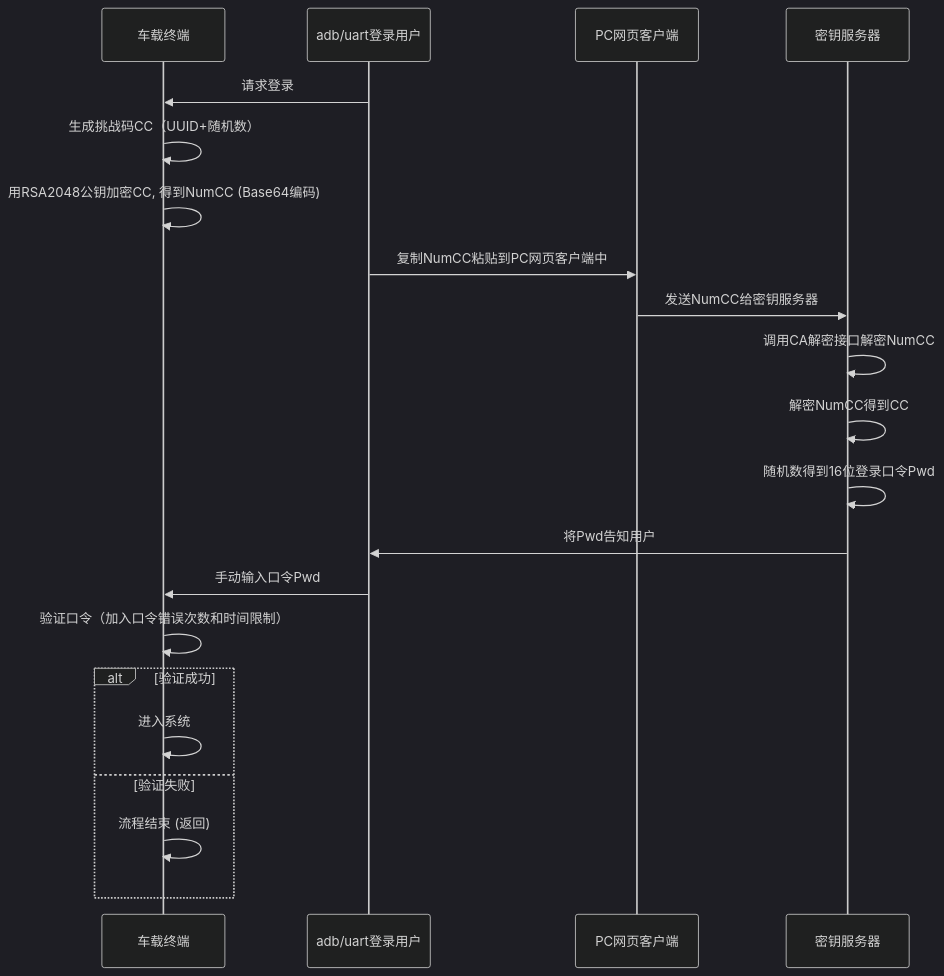
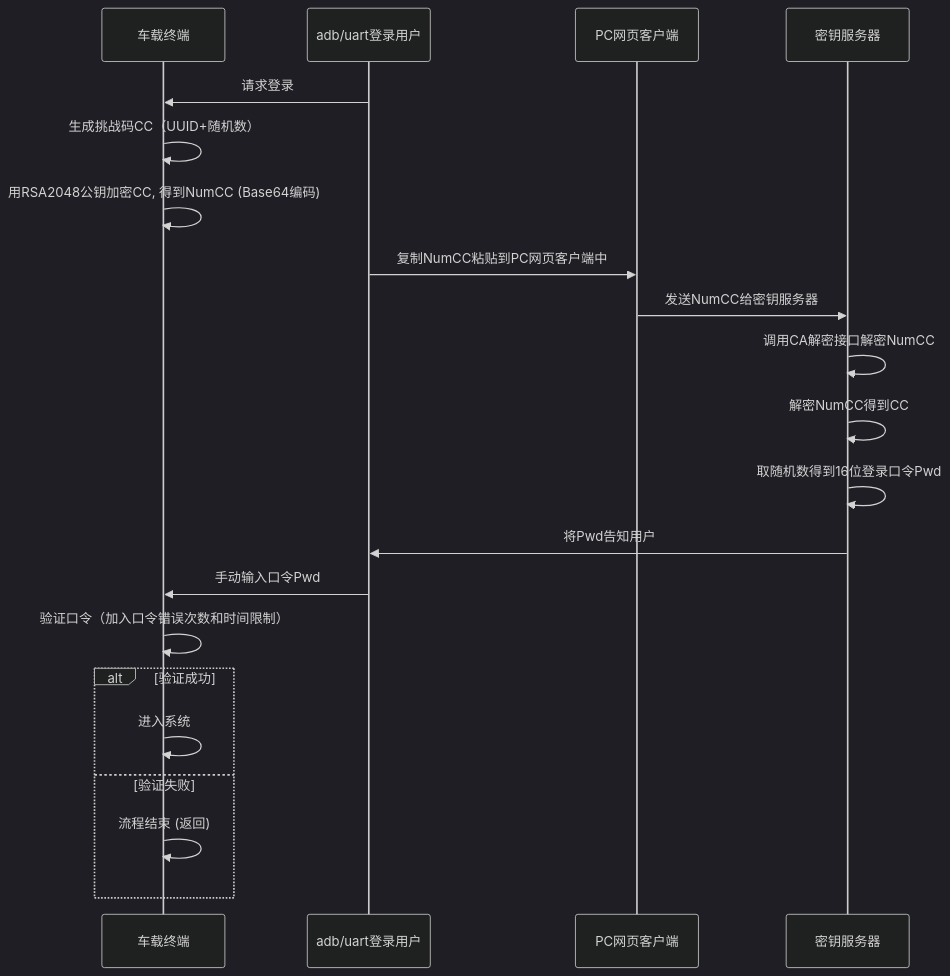
Before and after one commit to facebook-cloud/iodraw-files: the diagram in all/未命名-14.md, drawn with Mermaid (dark theme).

Commit message:
2026-02-03 13:38:47 update

````diff
--- a/all/未命名-14.md
+++ b/all/未命名-14.md
@@ -1,27 +1,27 @@
 ```mermaid
 sequenceDiagram
     participant tbox as 车载终端
     participant user as adb/uart登录用户
     participant pc as PC网页客户端
     participant tech_center as 密钥服务器
   
 
     user->>tbox: 请求登录
     tbox->>tbox: 生成挑战码CC（UUID+随机数）
     tbox->>tbox: 用RSA2048公钥加密CC, 得到NumCC (Base64编码)
     user->>pc: 复制NumCC粘贴到PC网页客户端中
     pc->>tech_center: 发送NumCC给密钥服务器
     tech_center->>tech_center: 调用CA解密接口解密NumCC
     tech_center->>tech_center: 解密NumCC得到CC
-    tech_center->>tech_center: 随机数得到16位登录口令Pwd
+    tech_center->>tech_center: 取随机数得到16位登录口令Pwd
     tech_center->>user: 将Pwd告知用户
     user->>tbox: 手动输入口令Pwd
     tbox->>tbox: 验证口令（加入口令错误次数和时间限制）
     alt 验证成功
         tbox->>tbox: 进入系统
     else 验证失败
         tbox->>tbox: 流程结束 (返回)
     end
 
 
 ```
````
